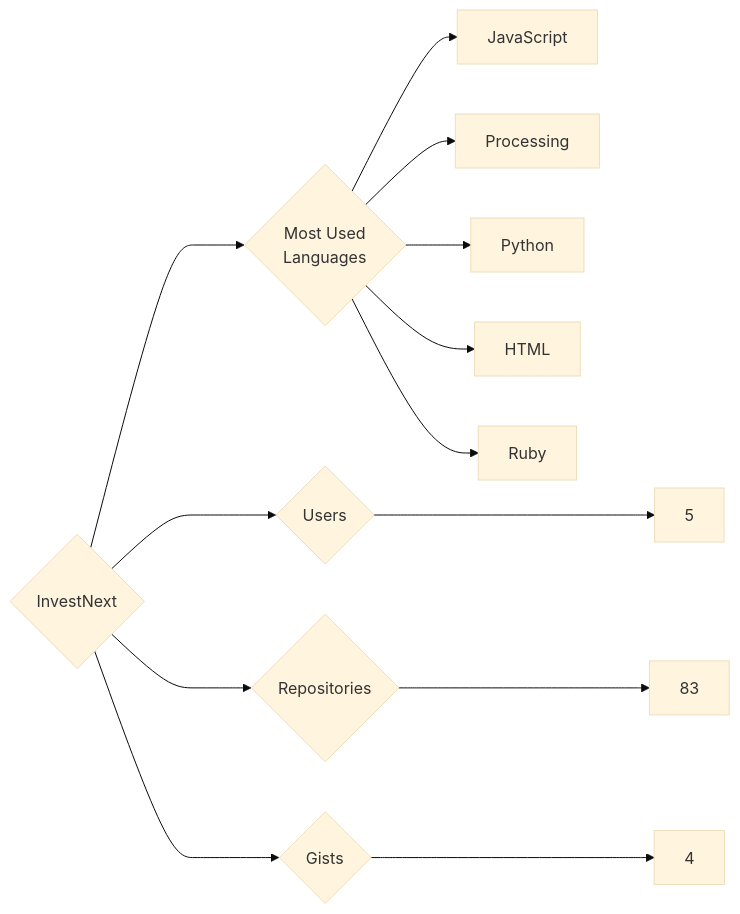
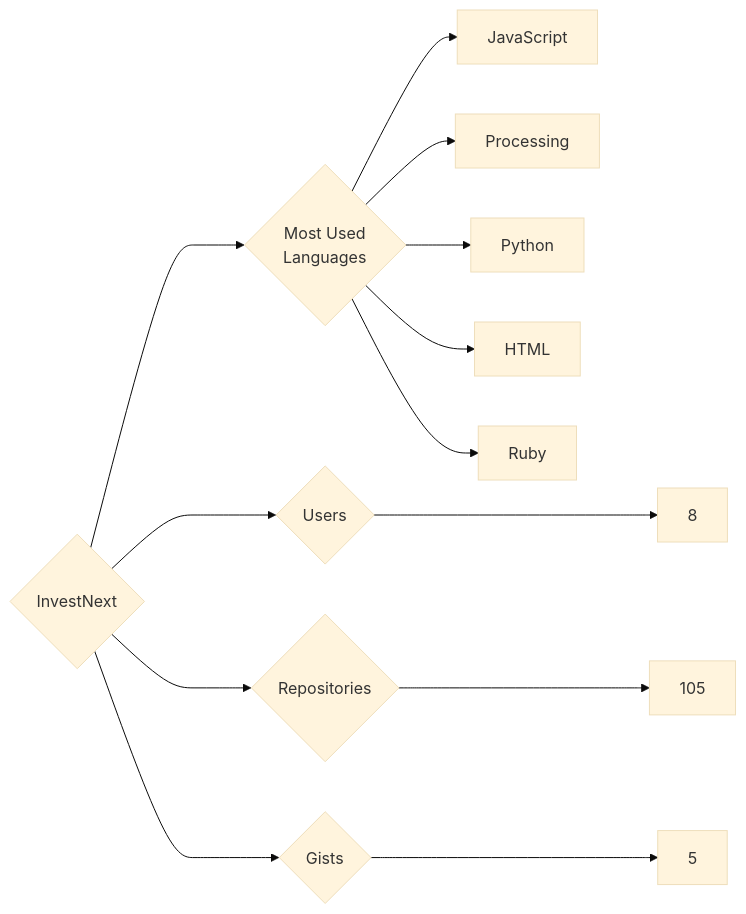
One commit to trickest/insiders changed the diagram in targets/InvestNext/README.md. Above: the diagram before and after it, drawn with Mermaid (base theme). The commit also changed 1212 other files, not shown here.

````diff
--- a/targets/InvestNext/README.md
+++ b/targets/InvestNext/README.md
@@ -3,13 +3,13 @@
 ```mermaid
 graph LR
 COMPANY_NAME{InvestNext}
-COMPANY_NAME ---> U{Users} ---> UN[5]
-COMPANY_NAME ---> R{Repositories} ---> RN[83]
-COMPANY_NAME ---> G{Gists} ---> GN[4]
+COMPANY_NAME ---> U{Users} ---> UN[8]
+COMPANY_NAME ---> R{Repositories} ---> RN[105]
+COMPANY_NAME ---> G{Gists} ---> GN[5]
 COMPANY_NAME ---> ML{Most Used<br>Languages}
 ML --> JavaScript[JavaScript]
 ML --> Processing[Processing]
 ML --> Python[Python]
 ML --> HTML[HTML]
 ML --> Ruby[Ruby]
 ```
````
